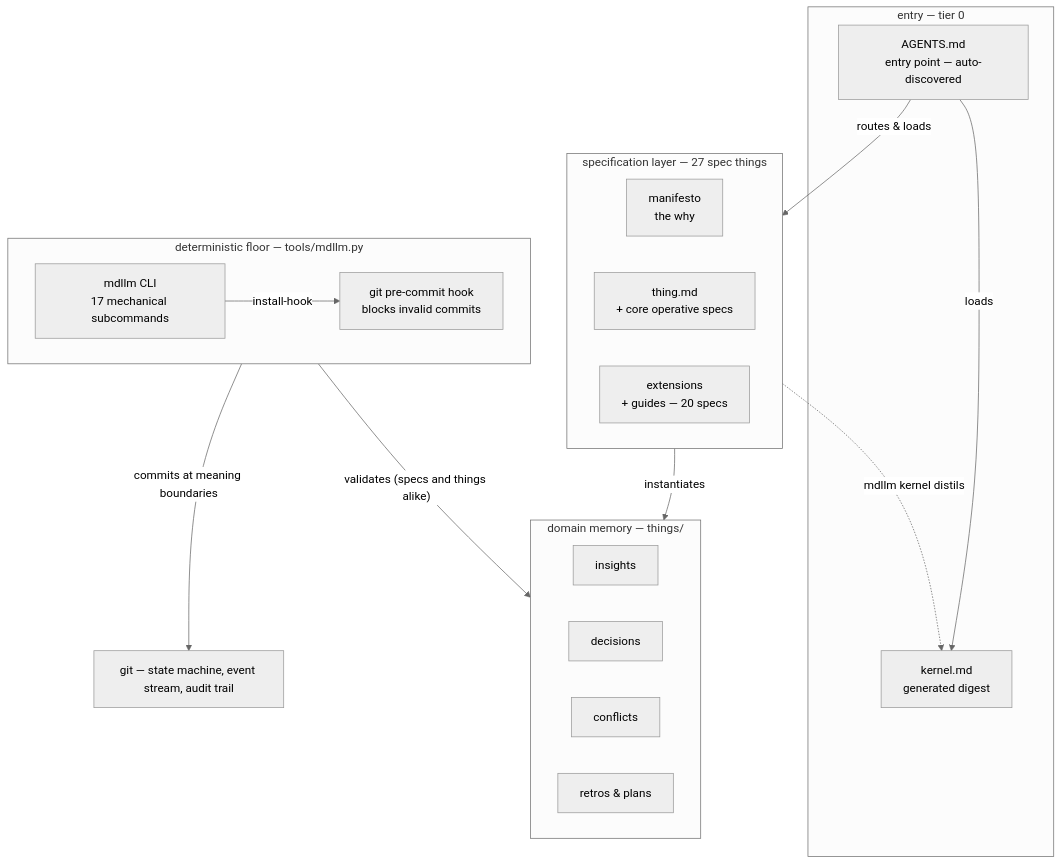
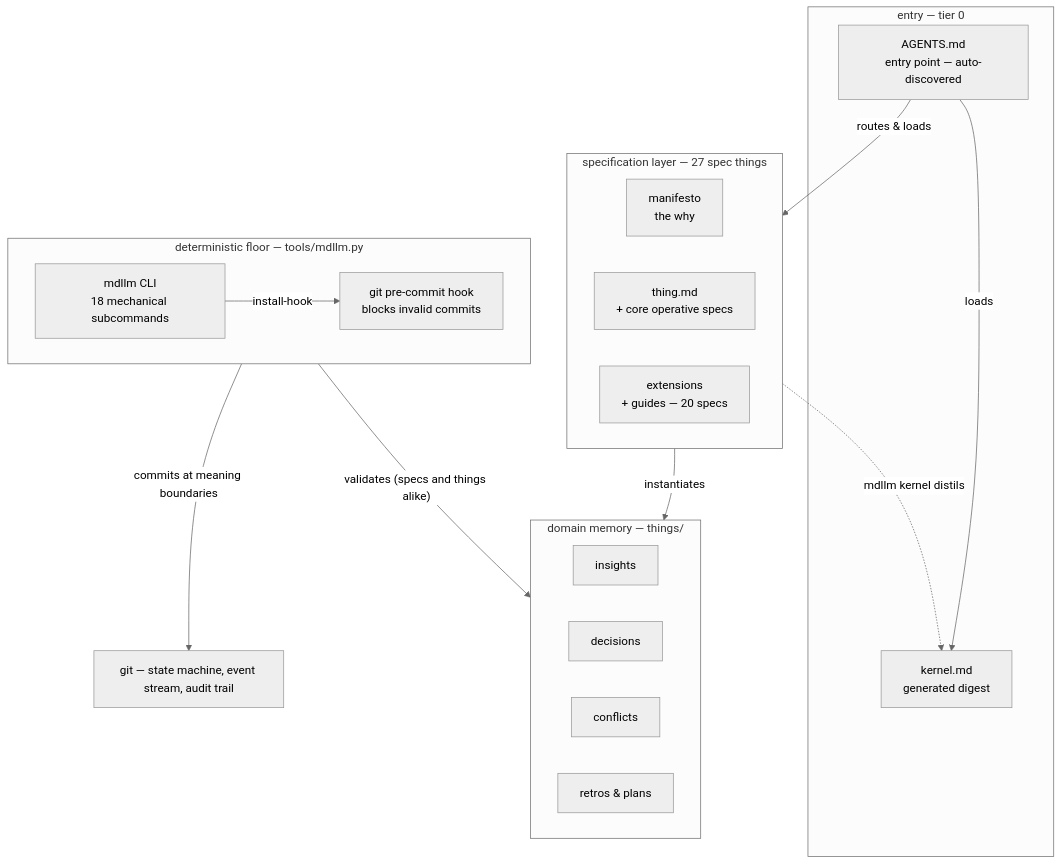
The first of 3 diagrams in docs/framework-map.md (JanoshMoshiri/MarkdownLLM), drawn with Mermaid (neutral theme) before and after one commit. The commit also changed other lines of this file and 3 other files, not shown here.

````diff
--- a/docs/framework-map.md
+++ b/docs/framework-map.md
@@ -53,31 +53,31 @@
 ```mermaid
 flowchart TD
     subgraph entry ["entry — tier 0"]
         AGENTS["AGENTS.md<br/>entry point — auto-discovered"]
         KERNEL["kernel.md<br/>generated digest"]
     end
     subgraph specs ["specification layer — 27 spec things"]
         MANIFESTO["manifesto<br/>the why"]
         THING["thing.md<br/>+ core operative specs"]
         EXT["extensions<br/>+ guides — 20 specs"]
     end
     subgraph memory ["domain memory — things/"]
         INSIGHTS["insights"]
         DECISIONS["decisions"]
         CONFLICTS["conflicts"]
         RETROS["retros & plans"]
     end
     subgraph floor ["deterministic floor — tools/mdllm.py"]
-        MDLLM["mdllm CLI<br/>17 mechanical subcommands"]
+        MDLLM["mdllm CLI<br/>18 mechanical subcommands"]
         HOOK["git pre-commit hook<br/>blocks invalid commits"]
     end
     GIT["git — state machine, event stream, audit trail"]
 
     AGENTS -->|loads| KERNEL
     AGENTS -->|routes & loads| specs
     specs -.->|"mdllm kernel distils"| KERNEL
     specs -->|instantiates| memory
     MDLLM -->|install-hook| HOOK
     floor -->|"validates (specs and things alike)"| memory
     floor -->|commits at meaning boundaries| GIT
 ```
````
